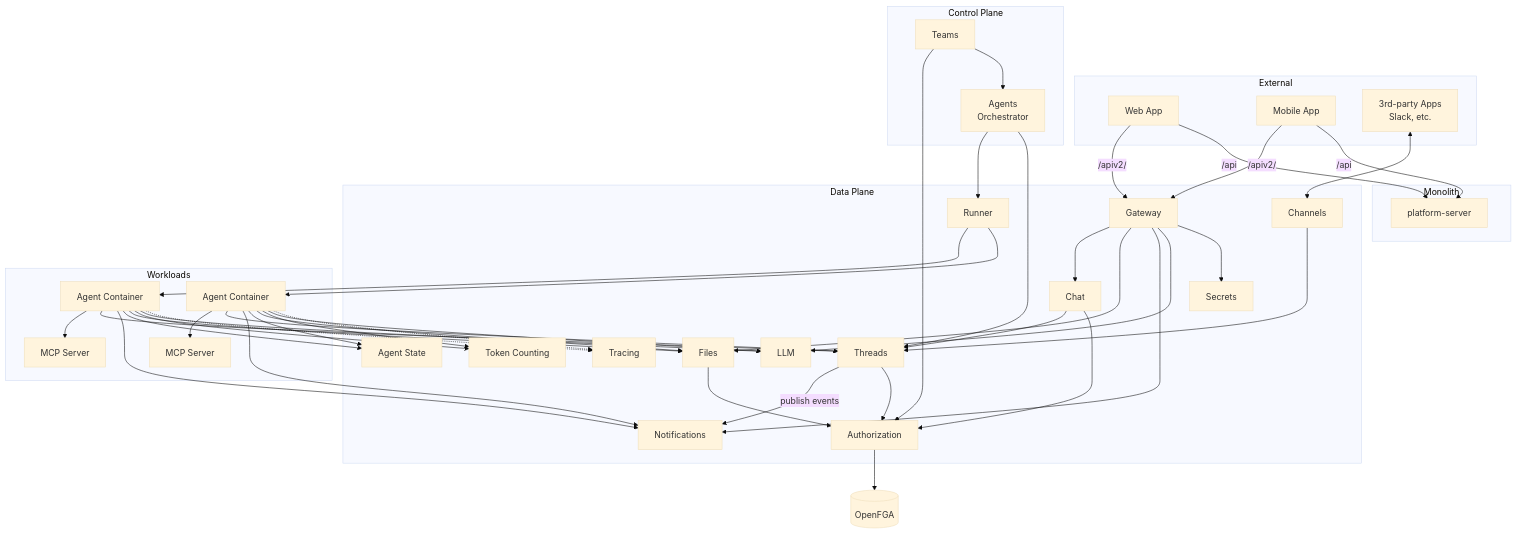
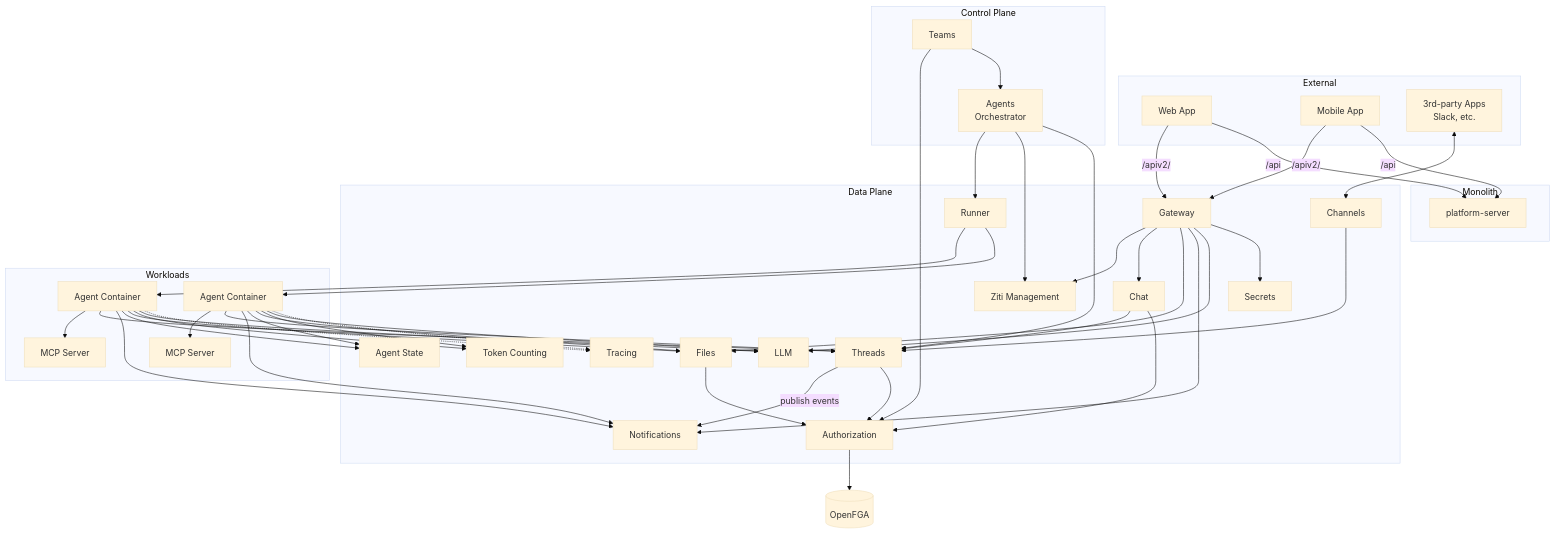
One commit to agynio/architecture changed the diagram in architecture/system-overview.md. Above: the diagram before and after it, drawn with Mermaid (base theme). The commit also changed other lines of this file and 5 other files, not shown here.

````diff
--- a/architecture/system-overview.md
+++ b/architecture/system-overview.md
@@ -7,75 +7,78 @@
 ```mermaid
 graph TB
     subgraph External
         WebApp[Web App]
         MobileApp[Mobile App]
         ThirdParty[3rd-party Apps<br/>Slack, etc.]
     end
 
     subgraph Control Plane
         Teams[Teams]
         AgentsOrch[Agents<br/>Orchestrator]
     end
 
     subgraph Data Plane
         Gateway[Gateway]
         Chat[Chat]
         Channels[Channels]
         Threads[Threads]
         Files[Files]
         TokenCounting[Token Counting]
         LLM[LLM]
         Secrets[Secrets]
         Notifications[Notifications]
         Runner[Runner]
         AgentState[Agent State]
         Tracing[Tracing]
         Authorization[Authorization]
+        ZitiMgmt[Ziti Management]
     end
 
     subgraph Workloads
         Agent1[Agent Container]
         Agent2[Agent Container]
         MCP1[MCP Server]
         MCP2[MCP Server]
     end
 
     subgraph Monolith
         PS[platform-server]
     end
 
     WebApp & MobileApp -- "/apiv2/" --> Gateway
     WebApp & MobileApp -- "/api" --> PS
     ThirdParty <--> Channels
 
+    Gateway --> ZitiMgmt
     Gateway --> Chat
     Gateway --> Files
     Gateway --> Notifications
     Gateway --> LLM
     Gateway --> Secrets
     Chat --> Threads
     Channels --> Threads
 
     Threads -->|publish events| Notifications
     AgentsOrch --> Runner
+    AgentsOrch --> ZitiMgmt
     AgentsOrch --> Threads
 
     Runner --> Agent1 & Agent2
     Agent1 --> MCP1
     Agent2 --> MCP2
     Agent1 & Agent2 --> Threads
     Agent1 & Agent2 --> Notifications
     Agent1 & Agent2 --> AgentState
     Agent1 & Agent2 --> Files
     Agent1 & Agent2 --> TokenCounting
     Agent1 & Agent2 --> LLM
     Agent1 & Agent2 -.-> Tracing
 
     Chat --> Authorization
     Files --> Authorization
     Threads --> Authorization
     Teams --> Authorization
     Authorization --> OpenFGA[(OpenFGA)]
 
     Teams --> AgentsOrch
 ```
````
